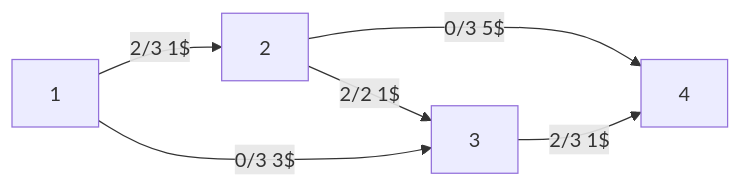
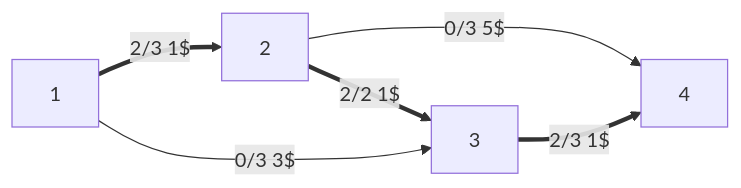
One commit to SuperSamus/appunti-universitari changed the third of 9 diagrams in Ricerca operativa/Problemi di ottimizzazione/Esempi/Esempio ottimizzazione flusso di costo minimo.md. Above: the diagram before and after it, drawn with Mermaid. The commit also changed other lines of this file, not shown here.

````diff
--- a/Ricerca operativa/Problemi di ottimizzazione/Esempi/Esempio ottimizzazione flusso di costo minimo.md
+++ b/Ricerca operativa/Problemi di ottimizzazione/Esempi/Esempio ottimizzazione flusso di costo minimo.md
@@ -45,8 +45,8 @@
 ```mermaid
 flowchart LR
-1 --> |2/3 1$| 2
-2 --> |2/2 1$| 3
+1 ==> |2/3 1$| 2
+2 ==> |2/2 1$| 3
 1 --> |0/3 3$| 3
 2 --> |0/3 5$| 4
-3 --> |2/3 1$| 4
+3 ==> |2/3 1$| 4
 ```
````
